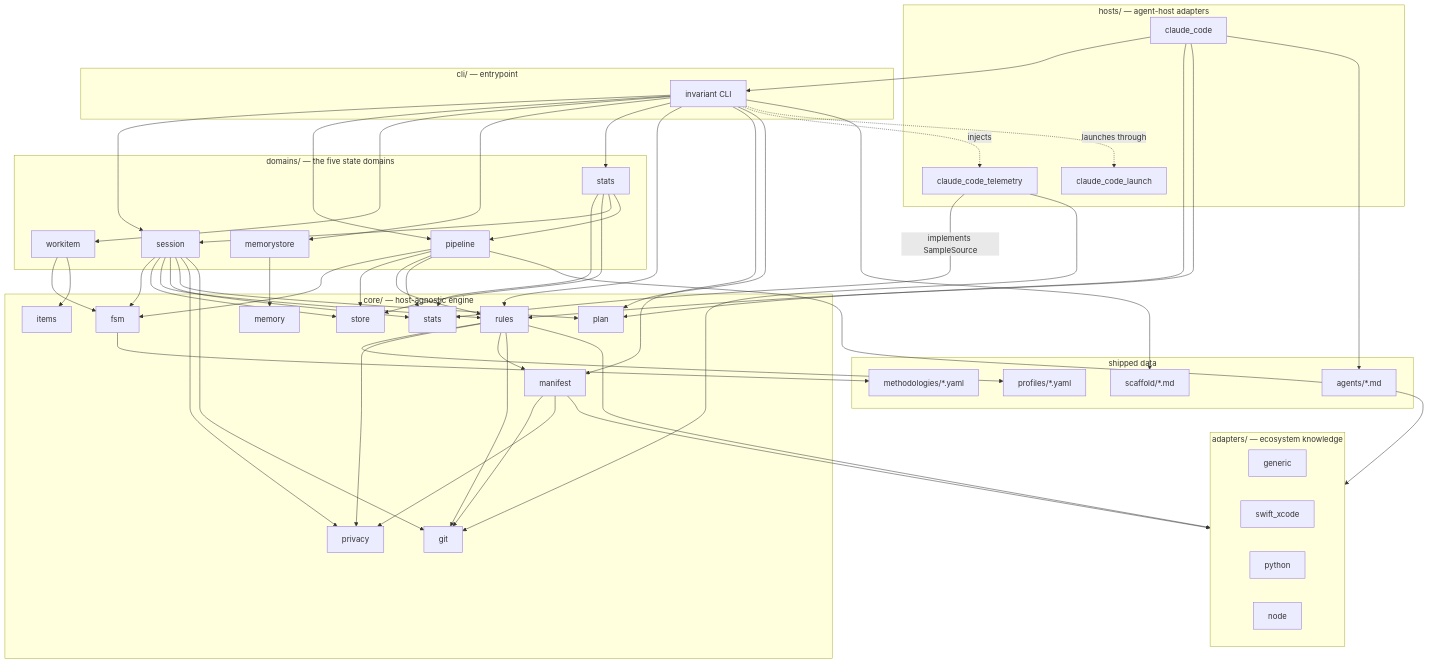
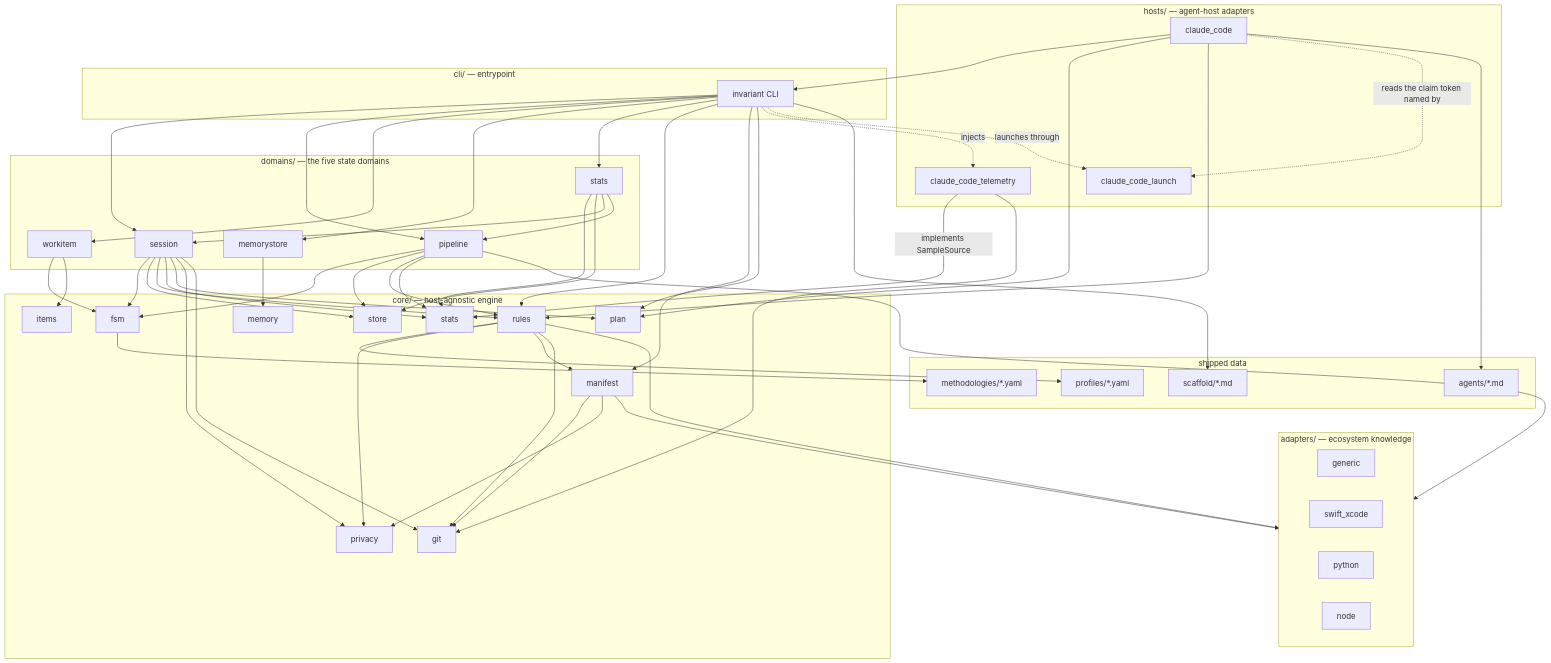
One commit to Mindchallenges/Invariant changed the first of 3 diagrams in docs/architecture/overview.md. Above: the diagram before and after it, drawn with Mermaid. The commit also changed other lines of this file and 8 other files, not shown here.

```diff
--- a/docs/architecture/overview.md
+++ b/docs/architecture/overview.md
@@ -59,6 +59,7 @@
     CC --> CLI
     CC --> PLAN
     CC --> RULES
+    CC -. reads the claim token named by .-> CCLAUNCH
     CLI --> SESSION
     CLI --> PIPELINE
     CLI --> WORKITEM
```
